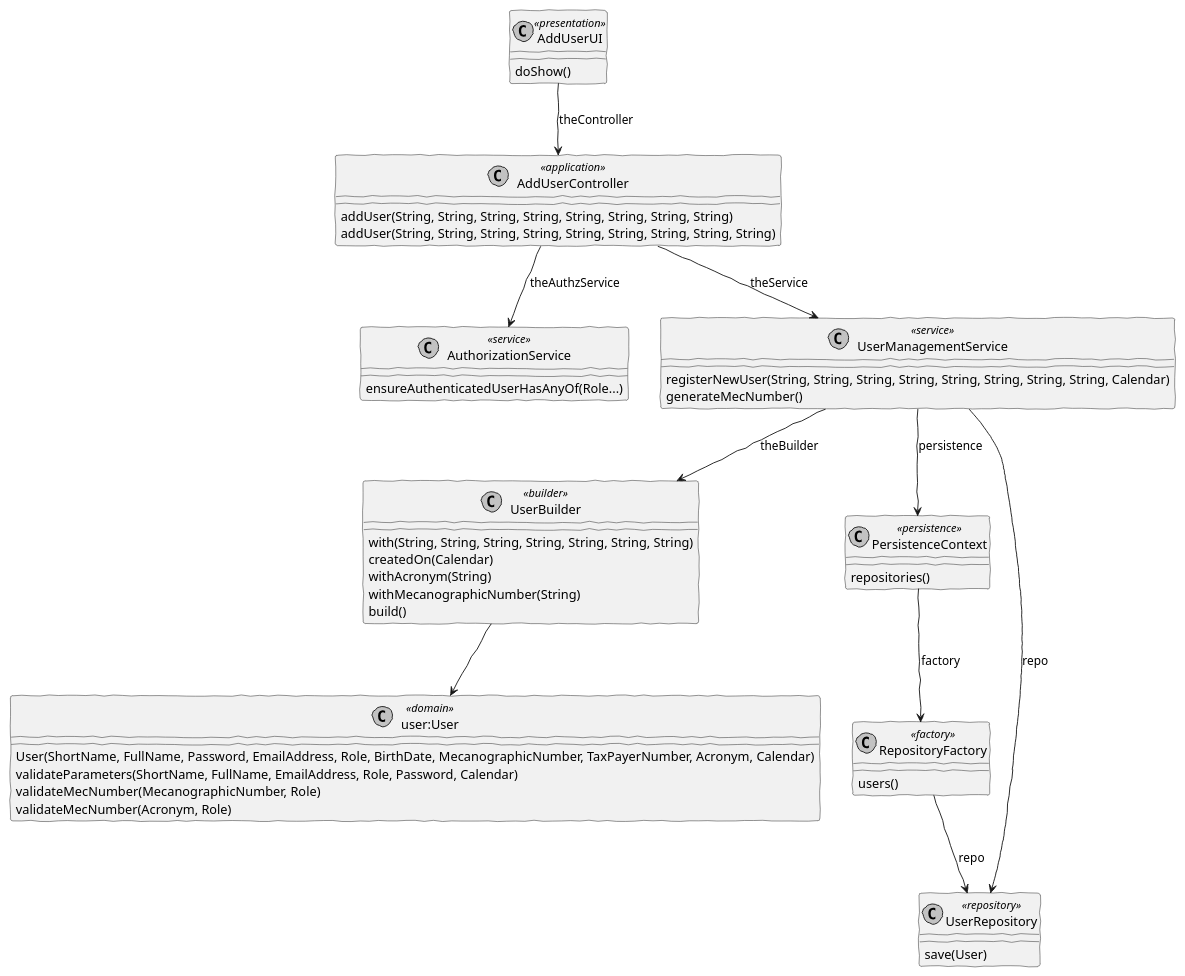
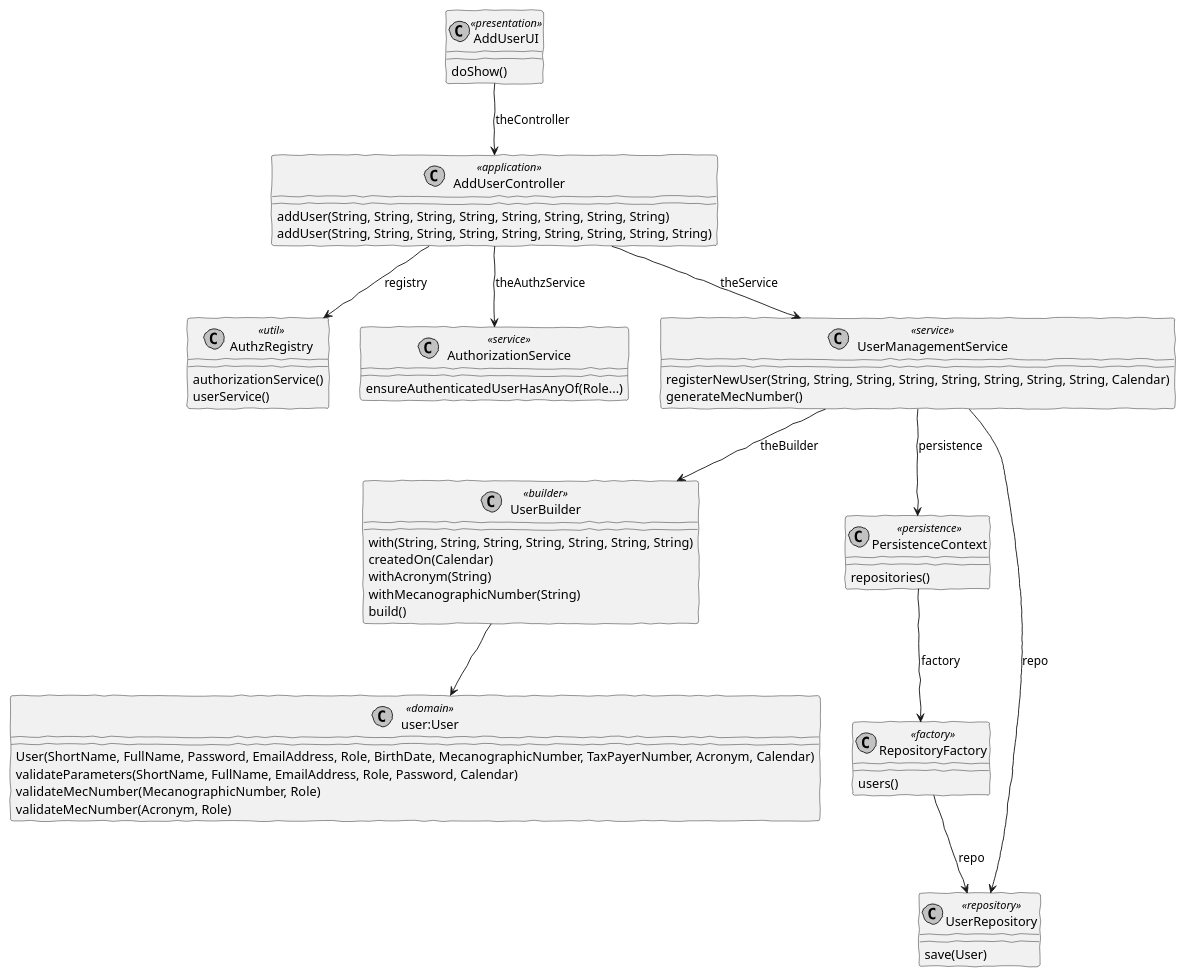
One commit to brunacosta03/sem4pi_22_23 changed the diagram in docs/SPRINT B/US_1001/CD/RegisterUser-CD.puml. Above: the diagram before and after it, drawn with PlantUML. The commit also changed 13 other files, not shown here.

Commit message:
docs: add AuthzRegistry to uml

```diff
--- a/docs/SPRINT B/US_1001/CD/RegisterUser-CD.puml
+++ b/docs/SPRINT B/US_1001/CD/RegisterUser-CD.puml
@@ -1,48 +1,52 @@
 @startuml
 'http://plantuml.com/skinparam.html
 skinparam handwritten true
 skinparam monochrome true
 skinparam packageStyle rect
 skinparam defaultFontName FG Virgil
 skinparam shadowing false
 
 class AddUserUI <<presentation>>
 class AddUserController <<application>>
+class AuthzRegistry <<util>>
 class AuthorizationService <<service>>
 class UserManagementService <<service>>
 class UserBuilder <<builder>>
 class "user:User" <<domain>>
 class PersistenceContext  <<persistence>>
 class RepositoryFactory  <<factory>>
 class UserRepository <<repository>>
 
 AddUserUI --> AddUserController : theController
-AddUserController --> AuthorizationService:theAuthzService
-AddUserController --> UserManagementService:theService
-UserManagementService --> UserBuilder:theBuilder
+AddUserController --> AuthorizationService: theAuthzService
+AddUserController --> UserManagementService: theService
+UserManagementService --> UserBuilder: theBuilder
 UserBuilder --> "user:User"
-UserManagementService --> PersistenceContext:persistence
-PersistenceContext --> RepositoryFactory:factory
-RepositoryFactory --> UserRepository:repo
-UserManagementService --> UserRepository:repo
+UserManagementService --> PersistenceContext: persistence
+PersistenceContext --> RepositoryFactory: factory
+RepositoryFactory --> UserRepository: repo
+UserManagementService --> UserRepository: repo
+AddUserController --> AuthzRegistry: registry
 
 AddUserUI : doShow()
 UserRepository : save(User)
 AddUserController : addUser(String, String, String, String, String, String, String, String)
 AddUserController : addUser(String, String, String, String, String, String, String, String, String)
+AuthzRegistry : authorizationService()
+AuthzRegistry : userService()
 AuthorizationService : ensureAuthenticatedUserHasAnyOf(Role...)
 UserManagementService : registerNewUser(String, String, String, String, String, String, String, String, Calendar)
 UserManagementService : generateMecNumber()
 UserBuilder : with(String, String, String, String, String, String, String)
 UserBuilder : createdOn(Calendar)
 UserBuilder : withAcronym(String)
 UserBuilder : withMecanographicNumber(String)
 UserBuilder : build()
 PersistenceContext : repositories()
 RepositoryFactory : users()
 "user:User" : User(ShortName, FullName, Password, EmailAddress, Role, BirthDate, MecanographicNumber, TaxPayerNumber, Acronym, Calendar)
 "user:User" : validateParameters(ShortName, FullName, EmailAddress, Role, Password, Calendar)
 "user:User" : validateMecNumber(MecanographicNumber, Role)
 "user:User" : validateMecNumber(Acronym, Role)
 
 @enduml
```
